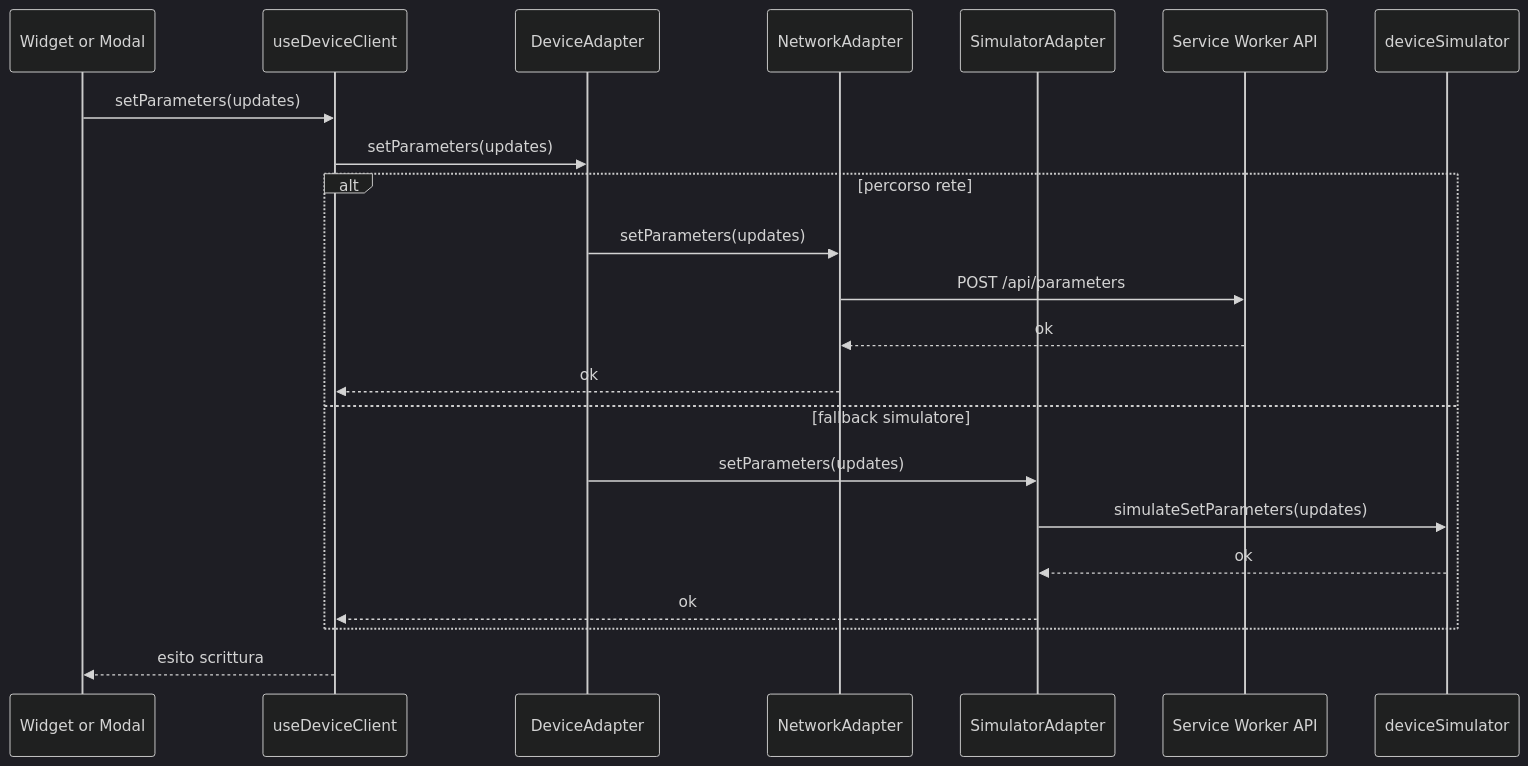
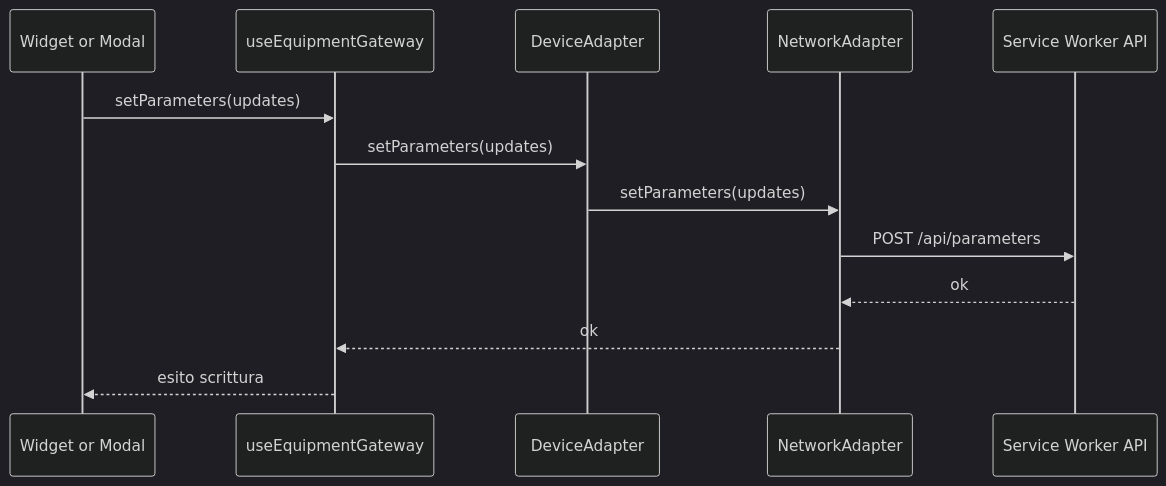
One commit to mad4j/hmi-demo changed the third of 6 diagrams in README.md. Above: the diagram before and after it, drawn with Mermaid (dark theme). The commit also changed other lines of this file and 6 other files, not shown here.

First line of the commit message:
Remove direct simulator; default to NetworkAdapter

````diff
--- a/README.md
+++ b/README.md
@@ -132,25 +107,16 @@
 ```mermaid
 sequenceDiagram
   participant UI as Widget or Modal
-  participant Client as useDeviceClient
+  participant Client as useEquipmentGateway
   participant Adapter as DeviceAdapter
   participant Net as NetworkAdapter
-  participant Sim as SimulatorAdapter
   participant SW as Service Worker API
-  participant Core as deviceSimulator
 
   UI->>Client: setParameters(updates)
   Client->>Adapter: setParameters(updates)
-  alt percorso rete
-    Adapter->>Net: setParameters(updates)
-    Net->>SW: POST /api/parameters
-    SW-->>Net: ok
-    Net-->>Client: ok
-  else fallback simulatore
-    Adapter->>Sim: setParameters(updates)
-    Sim->>Core: simulateSetParameters(updates)
-    Core-->>Sim: ok
-    Sim-->>Client: ok
-  end
+  Adapter->>Net: setParameters(updates)
+  Net->>SW: POST /api/parameters
+  SW-->>Net: ok
+  Net-->>Client: ok
   Client-->>UI: esito scrittura
 ```
````
